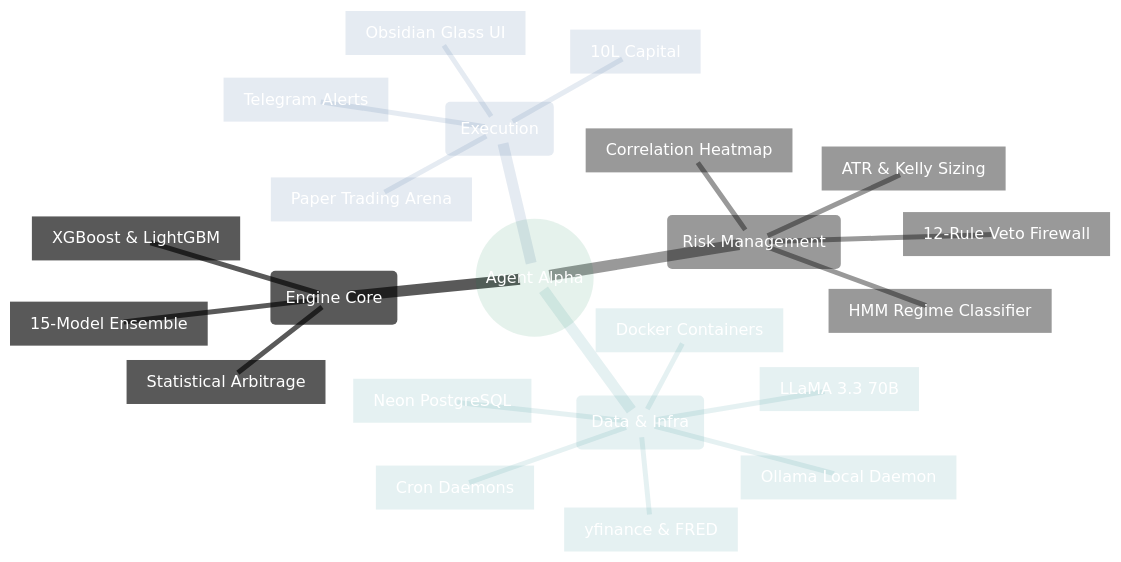
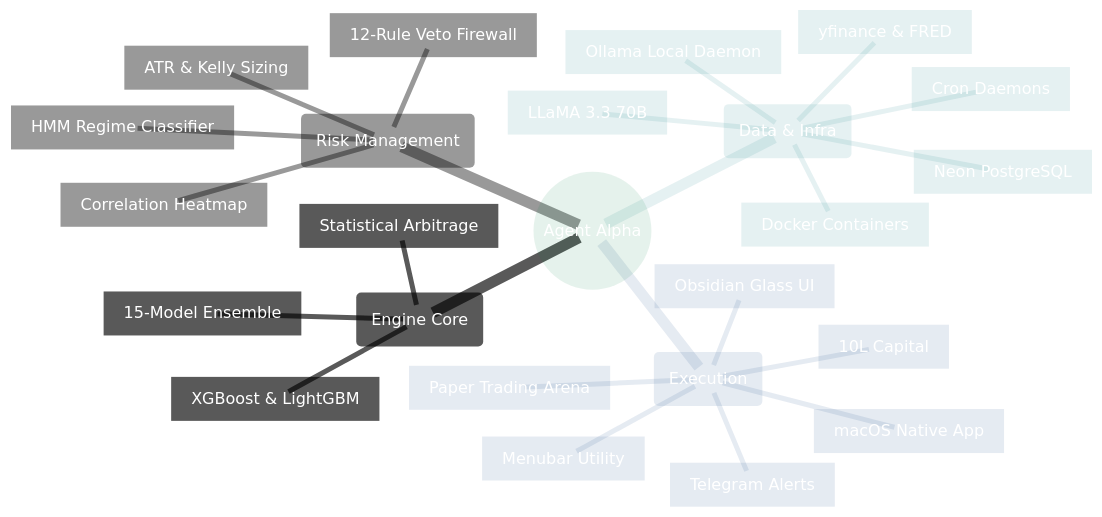
One commit to SaiSiddharthBS/MarketAnalyser changed the diagram in .github/assets/diagrams/mindmap.mmd. Above: the diagram before and after it, drawn with Mermaid. The commit also changed 4 other files, not shown here.

Commit message:
docs: Inject native macOS apps into architecture and diagrams

```diff
--- a/.github/assets/diagrams/mindmap.mmd
+++ b/.github/assets/diagrams/mindmap.mmd
@@ -1,44 +1,46 @@
 %%{
   init: {
     'theme': 'base',
     'themeVariables': {
       'primaryColor': 'rgba(0, 255, 136, 0.1)',
       'primaryTextColor': '#ffffff',
       'primaryBorderColor': '#00ff88',
       
       'secondaryColor': 'rgba(16, 32, 38, 0.65)',
       'secondaryTextColor': '#ffffff',
       'secondaryBorderColor': '#00ff88',
       
       'tertiaryColor': 'rgba(16, 32, 38, 0.4)',
       'tertiaryTextColor': '#ffffff',
       'tertiaryBorderColor': '#00e5ff',
 
       'lineColor': '#00e5ff',
       'fontFamily': 'Inter, sans-serif'
     }
   }
 }%%
 mindmap
   root(("Agent Alpha"))
     ("Engine Core")
       ["15-Model Ensemble"]
       ["XGBoost & LightGBM"]
       ["Statistical Arbitrage"]
     ("Risk Management")
       ["HMM Regime Classifier"]
       ["12-Rule Veto Firewall"]
       ["Correlation Heatmap"]
       ["ATR & Kelly Sizing"]
     ("Data & Infra")
       ["Ollama Local Daemon"]
       ["LLaMA 3.3 70B"]
       ["yfinance & FRED"]
       ["Neon PostgreSQL"]
       ["Docker Containers"]
       ["Cron Daemons"]
     ("Execution")
       ["Paper Trading Arena"]
       ["10L Capital"]
       ["Telegram Alerts"]
+      ["macOS Native App"]
+      ["Menubar Utility"]
       ["Obsidian Glass UI"]
```
